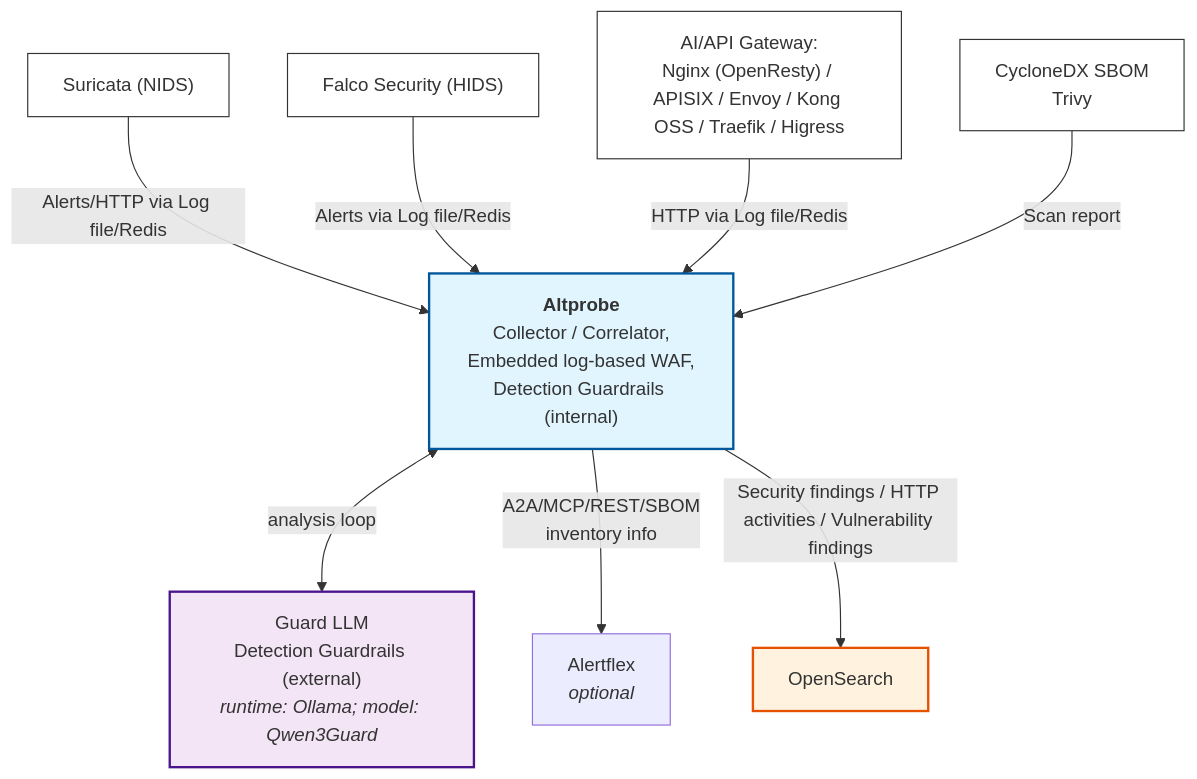
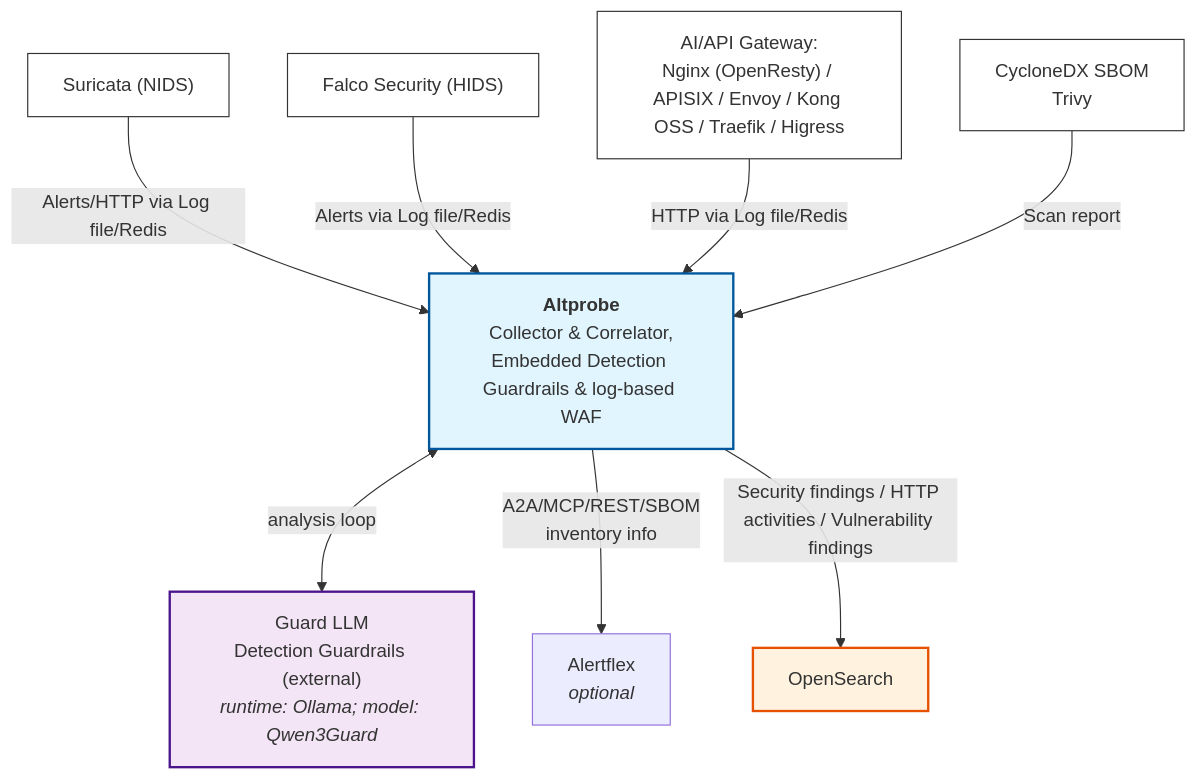
The second of 2 diagrams in README.md (olegzhr/altprobe), drawn with Mermaid before and after one commit.

````diff
--- a/README.md
+++ b/README.md
@@ -69,34 +69,34 @@
 ```mermaid
 flowchart TD
     NIDS["Suricata (NIDS)"]
     HIDS["Falco Security (HIDS)"]
     Sbom["CycloneDX SBOM<br/>Trivy"]
     Proxy["AI/API Gateway:<br/>Nginx (OpenResty) / APISIX / Envoy / Kong OSS / Traefik / Higress"]
 
-    Altprobe["<b>Altprobe</b><br/>Collector / Correlator,<br/>Embedded log-based WAF,<br/>Detection Guardrails (internal)"]
+    Altprobe["<b>Altprobe</b><br/>Collector & Correlator,<br/>Embedded Detection Guardrails & log-based WAF"]
 
     GLLM["Guard LLM<br/>Detection Guardrails (external)<br/><i>runtime: Ollama; model: Qwen3Guard</i>"]
     Alertflex["Alertflex<br/><i>optional</i>"]
     OpenSearch["OpenSearch"]
 
     NIDS -->|Alerts/HTTP via Log file/Redis| Altprobe
     HIDS -->|Alerts via Log file/Redis| Altprobe
     Proxy -->|HTTP via Log file/Redis| Altprobe
     Sbom -->|Scan report| Altprobe
 
     Altprobe <-->|analysis loop| GLLM
     Altprobe -->|A2A/MCP/REST/SBOM<br/>inventory info| Alertflex
     Altprobe -->|Security findings / HTTP activities / Vulnerability findings| OpenSearch
 
     classDef source fill:#ffffff,stroke:#333,stroke-width:1px
     classDef core fill:#e1f5fe,stroke:#01579b,stroke-width:2px
     classDef downstream fill:#f3e5f5,stroke:#4a148c,stroke-width:2px
     classDef store fill:#fff3e0,stroke:#e65100,stroke-width:2px
     classDef optional stroke-dasharray: 5 5
 
     class NIDS,HIDS,Proxy,Sbom source
     class Altprobe core
     class GLLM downstream
     class Alertflex downstream,optional
     class OpenSearch store
 ```
````
